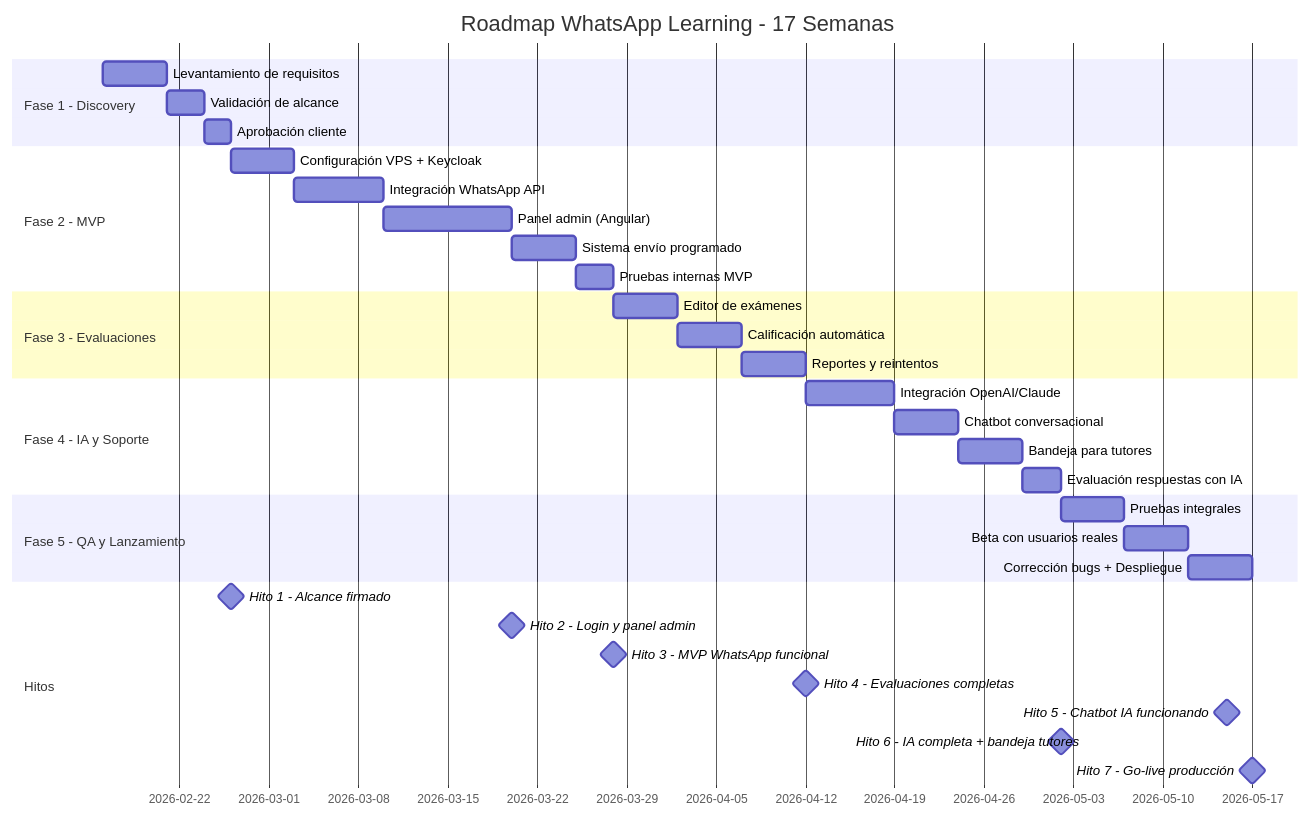
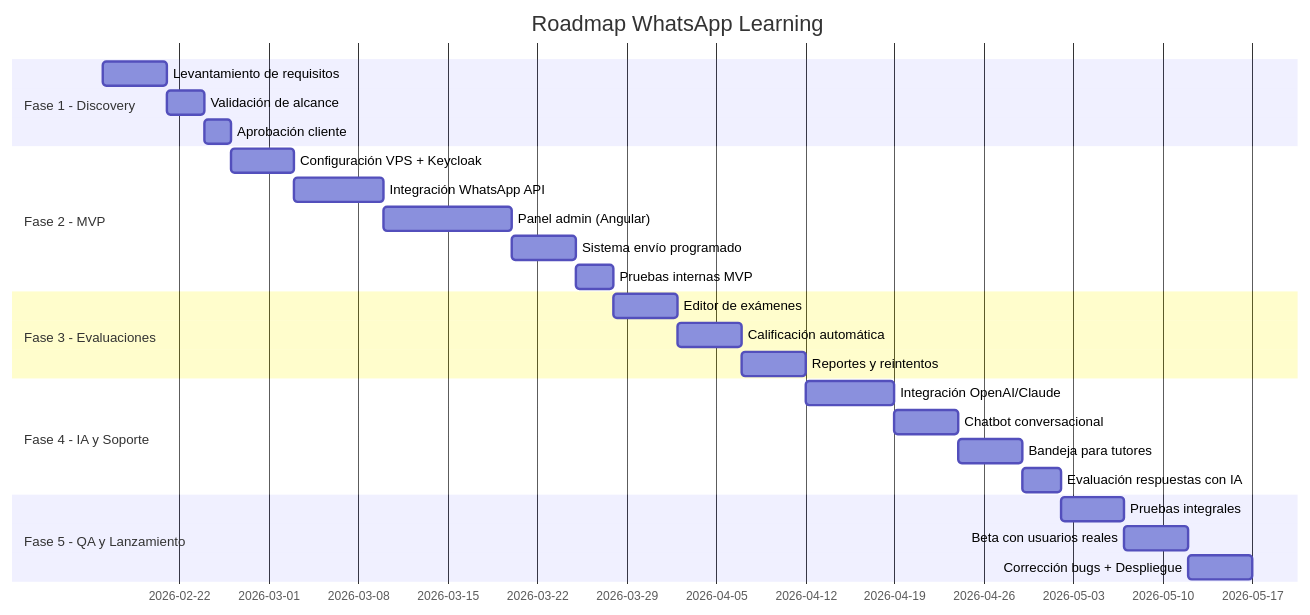
One commit to erikaluciafuertes/Project-Proposals changed the first of 9 diagrams in whatsApp-learning/roadmap.md. Above: the diagram before and after it, drawn with Mermaid.

Commit message:
Hitos eliminados

````diff
--- a/whatsApp-learning/roadmap.md
+++ b/whatsApp-learning/roadmap.md
@@ -5,42 +5,33 @@
 ```mermaid
 gantt
-    title Roadmap WhatsApp Learning - 17 Semanas
+    title Roadmap WhatsApp Learning
     dateFormat  YYYY-MM-DD
     
     section Fase 1 - Discovery
     Levantamiento de requisitos      :f1a, 2026-02-16, 5d
     Validación de alcance            :f1b, after f1a, 3d
     Aprobación cliente               :f1c, after f1b, 2d
     
     section Fase 2 - MVP
     Configuración VPS + Keycloak     :f2a, after f1c, 5d
     Integración WhatsApp API         :f2b, after f2a, 7d
     Panel admin (Angular)            :f2c, after f2b, 10d
     Sistema envío programado         :f2d, after f2c, 5d
     Pruebas internas MVP             :f2e, after f2d, 3d
     
     section Fase 3 - Evaluaciones
     Editor de exámenes               :f3a, after f2e, 5d
     Calificación automática          :f3b, after f3a, 5d
     Reportes y reintentos            :f3c, after f3b, 5d
     
     section Fase 4 - IA y Soporte
     Integración OpenAI/Claude        :f4a, after f3c, 7d
     Chatbot conversacional           :f4b, after f4a, 5d
     Bandeja para tutores             :f4c, after f4b, 5d
     Evaluación respuestas con IA     :f4d, after f4c, 3d
     
     section Fase 5 - QA y Lanzamiento
     Pruebas integrales               :f5a, after f4d, 5d
     Beta con usuarios reales         :f5b, after f5a, 5d
     Corrección bugs + Despliegue     :f5c, after f5b, 5d
-
-    section Hitos
-    Hito 1 - Alcance firmado              :milestone, m1, after f1c, 0d
-    Hito 2 - Login y panel admin           :milestone, m2, 2026-03-20, 0d
-    Hito 3 - MVP WhatsApp funcional        :milestone, m3, after f2e, 0d
-    Hito 4 - Evaluaciones completas        :milestone, m4, after f3c, 0d
-    Hito 5 - Chatbot IA funcionando        :milestone, m5, 2026-05-15, 0d
-    Hito 6 - IA completa + bandeja tutores :milestone, m6, after f4d, 0d
-    Hito 7 - Go-live producción            :milestone, m7, after f5c, 0d
 ```
````
